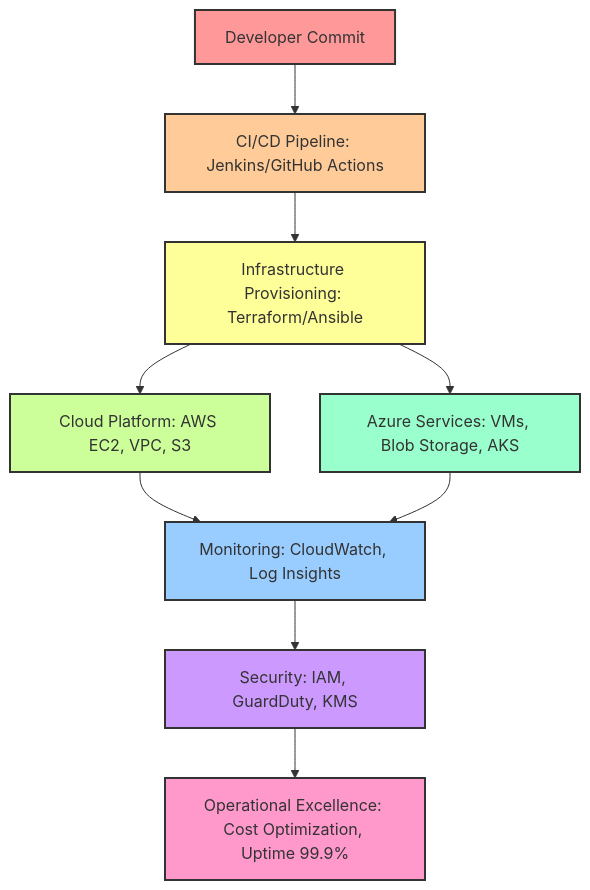
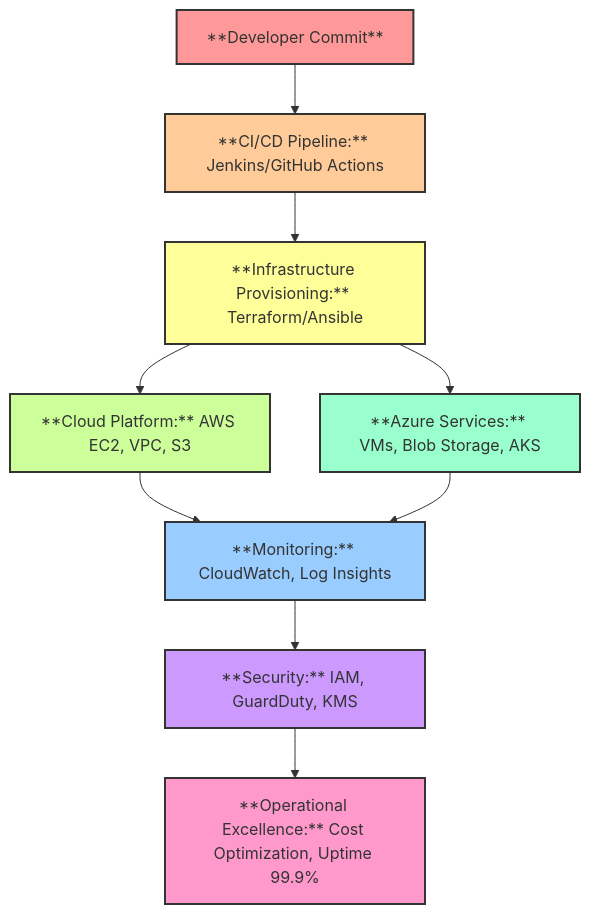
The diagram in README.md (aliceekane/aliceekane-portfolio), drawn with Mermaid before and after one commit.

````diff
--- a/README.md
+++ b/README.md
@@ -71,23 +71,25 @@
 ```mermaid
+%%{init: {'flowchart': {'htmlLabels': true}} }%%
 flowchart TD
-    A[Developer Commit] --> B[CI/CD Pipeline: Jenkins/GitHub Actions]
-    B --> C[Infrastructure Provisioning: Terraform/Ansible]
-    C --> D[Cloud Platform: AWS EC2, VPC, S3]
-    C --> E[Azure Services: VMs, Blob Storage, AKS]
-    D --> F[Monitoring: CloudWatch, Log Insights]
+    A["**Developer Commit**"] --> B["**CI/CD Pipeline:** Jenkins/GitHub Actions"]
+    B --> C["**Infrastructure Provisioning:** Terraform/Ansible"]
+    C --> D["**Cloud Platform:** AWS EC2, VPC, S3"]
+    C --> E["**Azure Services:** VMs, Blob Storage, AKS"]
+    D --> F["**Monitoring:** CloudWatch, Log Insights"]
     E --> F
-    F --> G[Security: IAM, GuardDuty, KMS]
-    G --> H[Operational Excellence: Cost Optimization, Uptime 99.9%]
+    F --> G["**Security:** IAM, GuardDuty, KMS"]
+    G --> H["**Operational Excellence:** Cost Optimization, Uptime 99.9%"]
+
 
     %% Assigning different colors to each box
     style A fill:#FF9999,stroke:#333,stroke-width:2px
     style B fill:#FFCC99,stroke:#333,stroke-width:2px
     style C fill:#FFFF99,stroke:#333,stroke-width:2px
     style D fill:#CCFF99,stroke:#333,stroke-width:2px
     style E fill:#99FFCC,stroke:#333,stroke-width:2px
     style F fill:#99CCFF,stroke:#333,stroke-width:2px
     style G fill:#CC99FF,stroke:#333,stroke-width:2px
     style H fill:#FF99CC,stroke:#333,stroke-width:2px
 
 
 ```
````
